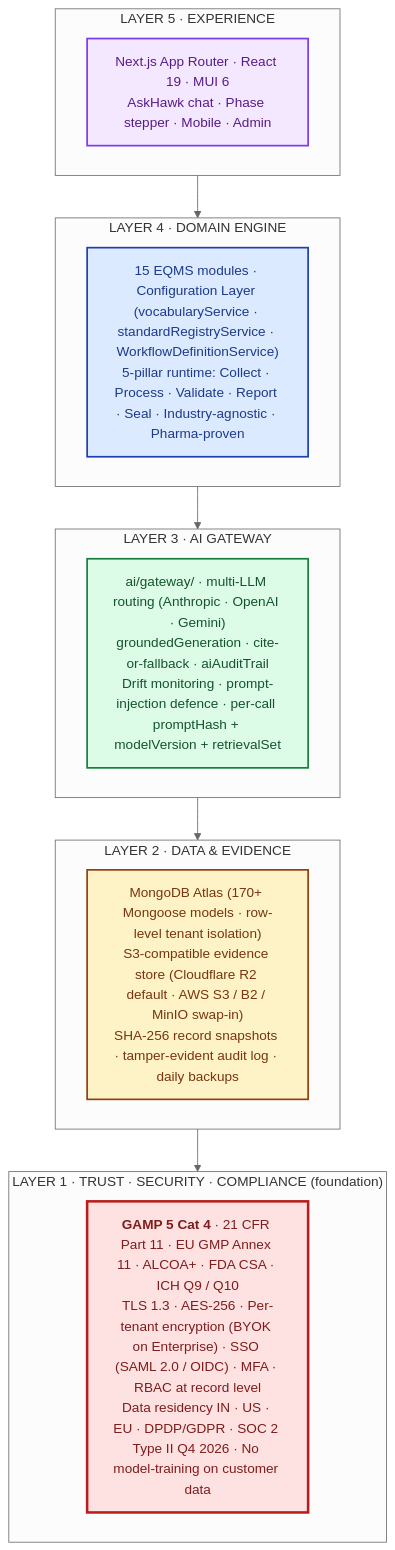
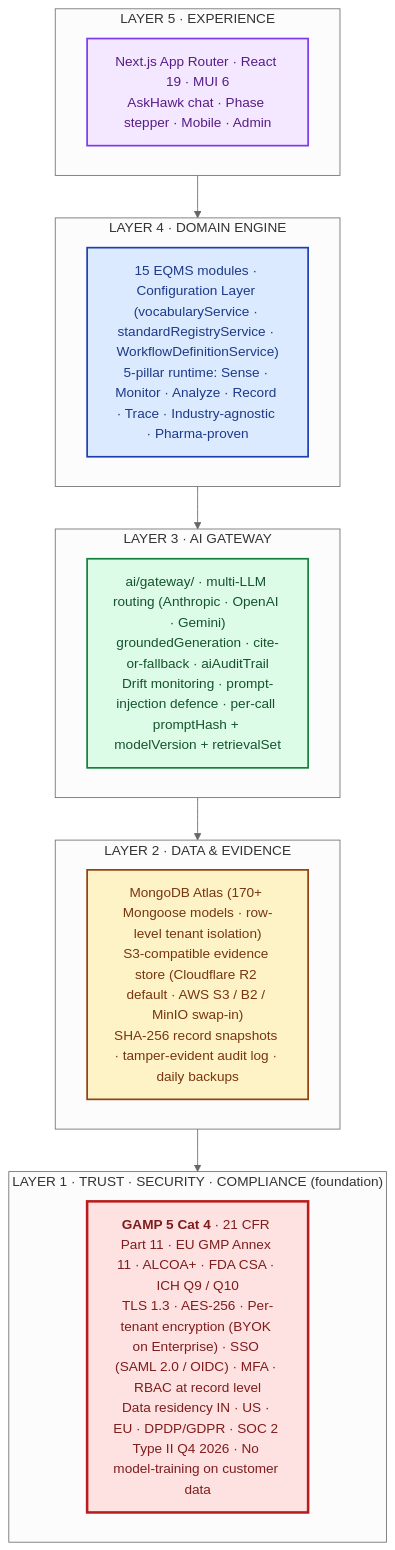
Before and after one commit to hawkeyetransact-dotcom/doc_v2: the first of 8 diagrams in 09-sales-marketing/pitch-materials/CTO-DECK.md, drawn with Mermaid (neutral theme). The commit also changed 25 other files, not shown here.

First line of the commit message:
Finalize S.M.A.R.T. pillars: Sense, Monitor, Analyze, Record, Trace

````diff
--- a/09-sales-marketing/pitch-materials/CTO-DECK.md
+++ b/09-sales-marketing/pitch-materials/CTO-DECK.md
@@ -49,26 +49,26 @@
 ```mermaid
 flowchart TB
     classDef l5 fill:#F3E8FF,stroke:#7C3AED,color:#581C87,stroke-width:2px
     classDef l4 fill:#DBEAFE,stroke:#1E40AF,color:#1E3A8A,stroke-width:2px
     classDef l3 fill:#DCFCE7,stroke:#15803D,color:#14532D,stroke-width:2px
     classDef l2 fill:#FEF3C7,stroke:#92400E,color:#78350F,stroke-width:2px
     classDef l1 fill:#FEE2E2,stroke:#B91C1C,color:#7F1D1D,stroke-width:3px
 
     subgraph L5["LAYER 5 · EXPERIENCE"]
         E["Next.js App Router · React 19 · MUI 6<br/>AskHawk chat · Phase stepper · Mobile · Admin"]:::l5
     end
     subgraph L4["LAYER 4 · DOMAIN ENGINE"]
-        D["15 EQMS modules · Configuration Layer (vocabularyService · standardRegistryService · WorkflowDefinitionService)<br/>5-pillar runtime: Collect · Process · Validate · Report · Seal · Industry-agnostic · Pharma-proven"]:::l4
+        D["15 EQMS modules · Configuration Layer (vocabularyService · standardRegistryService · WorkflowDefinitionService)<br/>5-pillar runtime: Sense · Monitor · Analyze · Record · Trace · Industry-agnostic · Pharma-proven"]:::l4
     end
     subgraph L3["LAYER 3 · AI GATEWAY"]
         AI["ai/gateway/ · multi-LLM routing (Anthropic · OpenAI · Gemini)<br/>groundedGeneration · cite-or-fallback · aiAuditTrail<br/>Drift monitoring · prompt-injection defence · per-call promptHash + modelVersion + retrievalSet"]:::l3
     end
     subgraph L2["LAYER 2 · DATA & EVIDENCE"]
         DA["MongoDB Atlas (170+ Mongoose models · row-level tenant isolation)<br/>S3-compatible evidence store (Cloudflare R2 default · AWS S3 / B2 / MinIO swap-in)<br/>SHA-256 record snapshots · tamper-evident audit log · daily backups"]:::l2
     end
     subgraph L1["LAYER 1 · TRUST · SECURITY · COMPLIANCE  (foundation)"]
         T["<b>GAMP 5 Cat 4</b> · 21 CFR Part 11 · EU GMP Annex 11 · ALCOA+ · FDA CSA · ICH Q9 / Q10<br/>TLS 1.3 · AES-256 · Per-tenant encryption (BYOK on Enterprise) · SSO (SAML 2.0 / OIDC) · MFA · RBAC at record level<br/>Data residency IN · US · EU · DPDP/GDPR · SOC 2 Type II Q4 2026 · No model-training on customer data"]:::l1
     end
 
     L5 --> L4 --> L3 --> L2 --> L1
 ```
````
